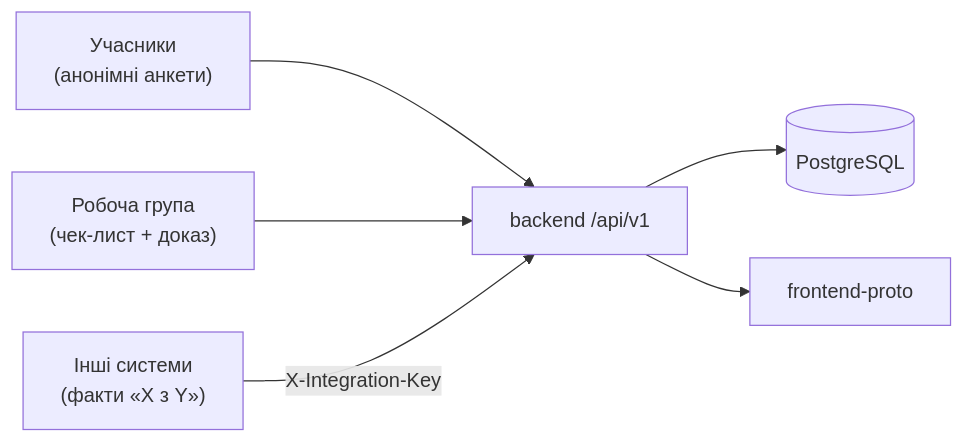
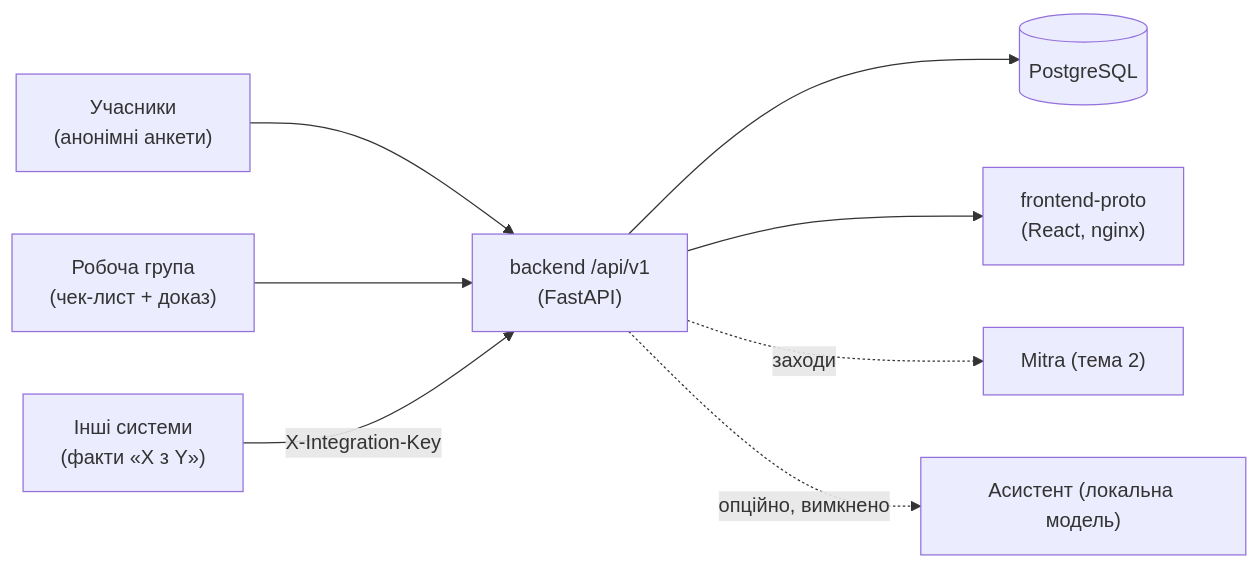
One commit to caaaaanek/hack-4-bitec-draft changed the diagram in README.md. Above: the diagram before and after it, drawn with Mermaid. The commit also changed other lines of this file and 209 other files, not shown here.

````diff
--- a/README.md
+++ b/README.md
@@ -43,8 +58,10 @@
 ```mermaid
 flowchart LR
   R["Учасники<br/>(анонімні анкети)"] --> API
   WG["Робоча група<br/>(чек-лист + доказ)"] --> API
   EXT["Інші системи<br/>(факти «X з Y»)"] -->|X-Integration-Key| API
-  API["backend /api/v1"] --> DB[(PostgreSQL)]
-  API --> UI["frontend-proto"]
+  API["backend /api/v1<br/>(FastAPI)"] --> DB[(PostgreSQL)]
+  API --> UI["frontend-proto<br/>(React, nginx)"]
+  API -.->|заходи| T2["Mitra (тема 2)"]
+  API -.->|опційно, вимкнено| LLM["Асистент (локальна модель)"]
 ```
````
